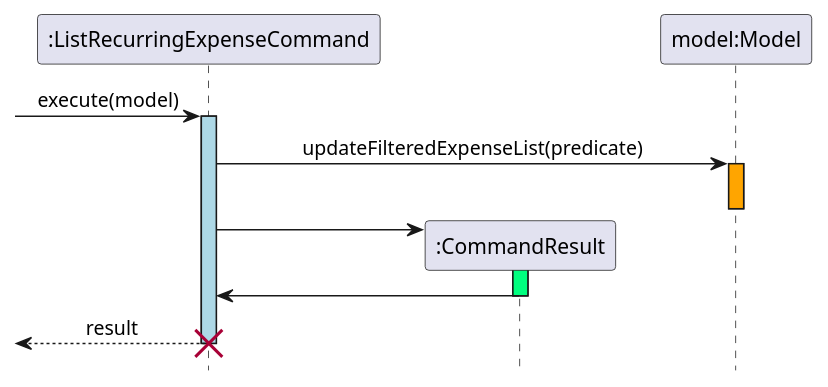
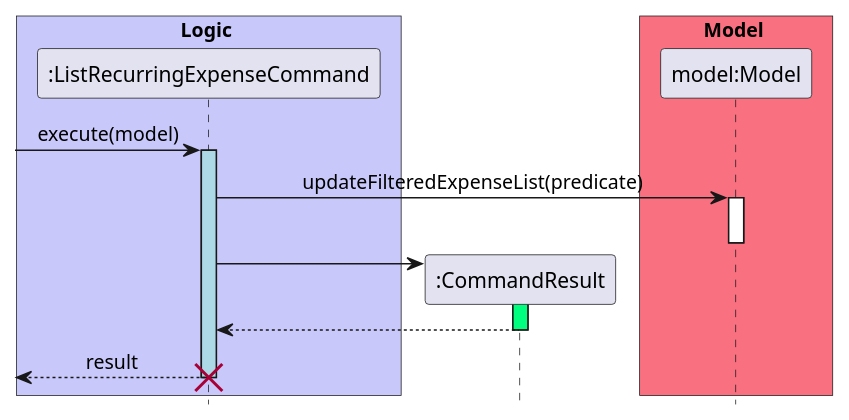
Before and after one commit to nus-cs2103-AY2223S2/tp: the diagram in uml/sequence_diagrams/list_recurring_expense_command.puml, drawn with PlantUML. The commit also changed 23 other files, not shown here.

Commit message:
Fix sequence diagram inconsistencies

```diff
--- a/uml/sequence_diagrams/list_recurring_expense_command.puml
+++ b/uml/sequence_diagrams/list_recurring_expense_command.puml
@@ -1,35 +1,39 @@
-@startuml  list_recurring_expenses_command
+@startuml  ListRecurringExpensesSequenceDiagram
 
 hide footbox
 skinparam MinClassWidth 50
 skinparam ParticipantPadding 10
 skinparam Shadowing false
 skinparam DefaultTextAlignment center
 skinparam packageStyle Rectangle
 
+box Logic #C8C8FA
 participant ":ListRecurringExpenseCommand" as ListRecurringExpenseCommand  order 1
+end box
+box Model #F97181
 participant "model:Model" as Model order 3
+end box
 participant ":CommandResult" as CommandResult order 2
 [-> ListRecurringExpenseCommand : execute(model)
 activate ListRecurringExpenseCommand #LightBlue
 ListRecurringExpenseCommand -> Model : updateFilteredExpenseList(predicate) 
-activate Model #Orange
+activate Model 
 deactivate Model
 create CommandResult
 ListRecurringExpenseCommand -> CommandResult 
 
 activate CommandResult #SpringGreen
-CommandResult -> ListRecurringExpenseCommand
+CommandResult --> ListRecurringExpenseCommand
 deactivate CommandResult
 [<--ListRecurringExpenseCommand : result
 deactivate ListRecurringExpenseCommand
 destroy ListRecurringExpenseCommand
 hide footbox
 skinparam MinClassWidth 50
 skinparam ParticipantPadding 10
 skinparam Shadowing false
 skinparam DefaultTextAlignment center
 skinparam packageStyle Rectangle
 
 
 @enduml
```
